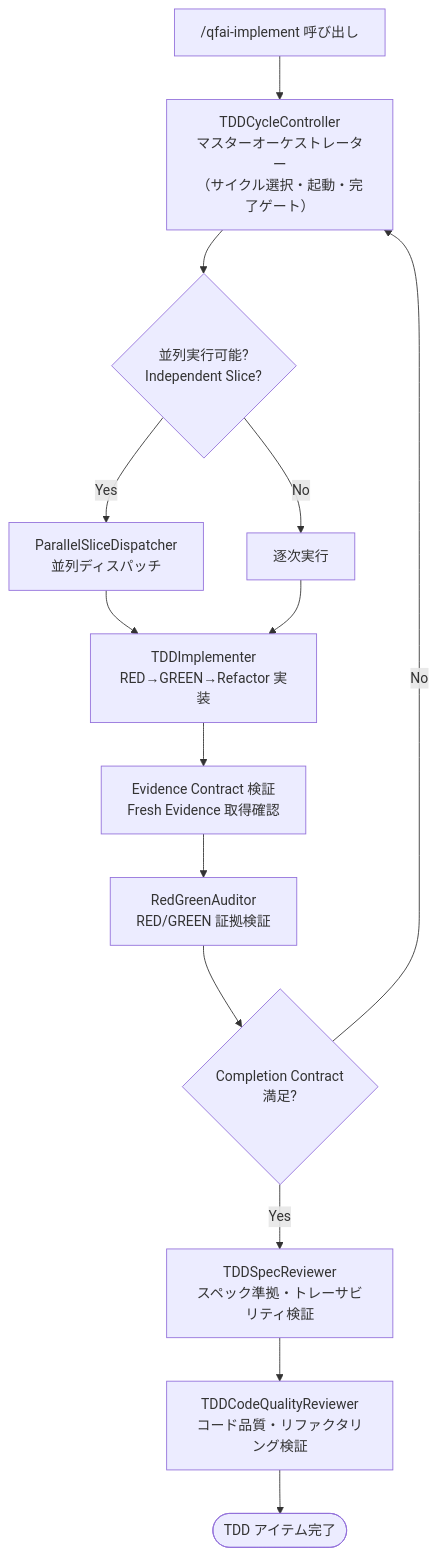
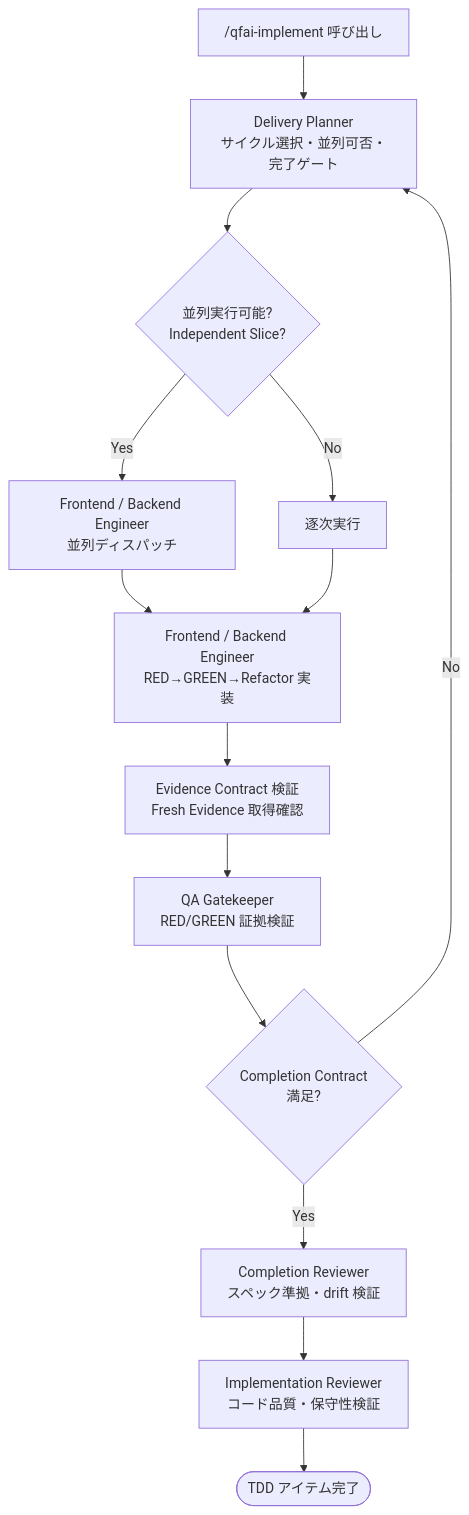
Before and after one commit to aganesy/QFAI: the eighth of 15 diagrams in .qfai/specs/_policies/04_Business-Flow.md, drawn with Mermaid. The commit also changed other lines of this file and 329 other files, not shown here.

````diff
--- a/.qfai/specs/_policies/04_Business-Flow.md
+++ b/.qfai/specs/_policies/04_Business-Flow.md
@@ -257,16 +257,16 @@
 ```mermaid
 flowchart TD
-    IMPLEMENT["/qfai-implement 呼び出し"] --> CONTROLLER["TDDCycleController<br/>マスターオーケストレーター<br/>（サイクル選択・起動・完了ゲート）"]
+    IMPLEMENT["/qfai-implement 呼び出し"] --> CONTROLLER["Delivery Planner<br/>サイクル選択・並列可否・完了ゲート"]
     CONTROLLER --> DISPATCH{"並列実行可能?<br/>Independent Slice?"}
-    DISPATCH -->|Yes| PARALLEL["ParallelSliceDispatcher<br/>並列ディスパッチ"]
+    DISPATCH -->|Yes| PARALLEL["Frontend / Backend Engineer<br/>並列ディスパッチ"]
     DISPATCH -->|No| SERIAL["逐次実行"]
-    PARALLEL --> IMPLEMENTER["TDDImplementer<br/>RED→GREEN→Refactor 実装"]
+    PARALLEL --> IMPLEMENTER["Frontend / Backend Engineer<br/>RED→GREEN→Refactor 実装"]
     SERIAL --> IMPLEMENTER
     IMPLEMENTER --> EVIDENCE_CHECK["Evidence Contract 検証<br/>Fresh Evidence 取得確認"]
-    EVIDENCE_CHECK --> AUDITOR["RedGreenAuditor<br/>RED/GREEN 証拠検証"]
+    EVIDENCE_CHECK --> AUDITOR["QA Gatekeeper<br/>RED/GREEN 証拠検証"]
     AUDITOR --> COMPLETION_CHECK{"Completion Contract<br/>満足?"}
     COMPLETION_CHECK -->|No| CONTROLLER
-    COMPLETION_CHECK -->|Yes| SPEC_REVIEW["TDDSpecReviewer<br/>スペック準拠・トレーサビリティ検証"]
-    SPEC_REVIEW --> QUALITY_REVIEW["TDDCodeQualityReviewer<br/>コード品質・リファクタリング検証"]
+    COMPLETION_CHECK -->|Yes| SPEC_REVIEW["Completion Reviewer<br/>スペック準拠・drift 検証"]
+    SPEC_REVIEW --> QUALITY_REVIEW["Implementation Reviewer<br/>コード品質・保守性検証"]
     QUALITY_REVIEW --> DONE(["TDD アイテム完了"])
 ```
````
